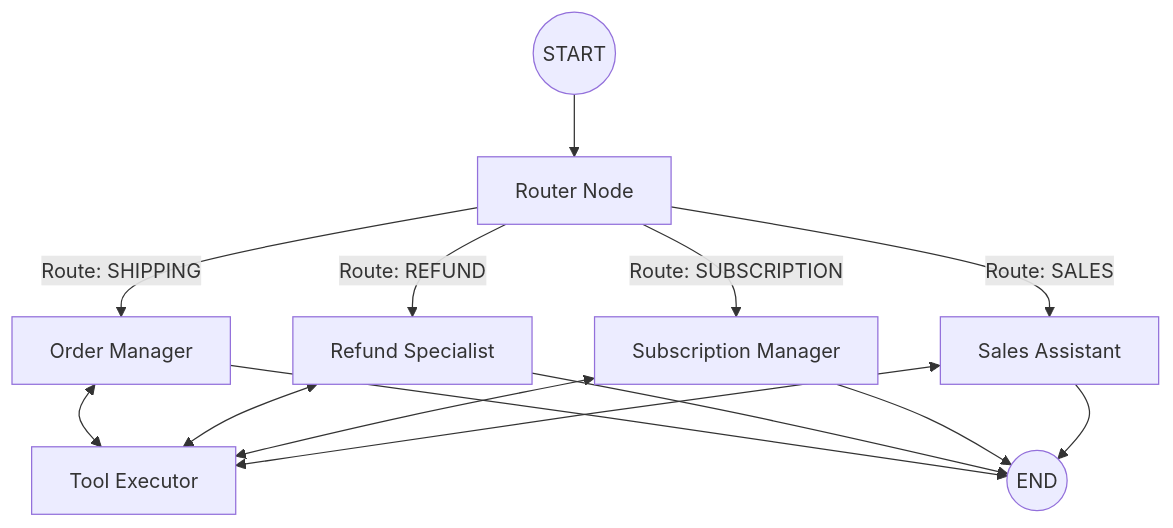
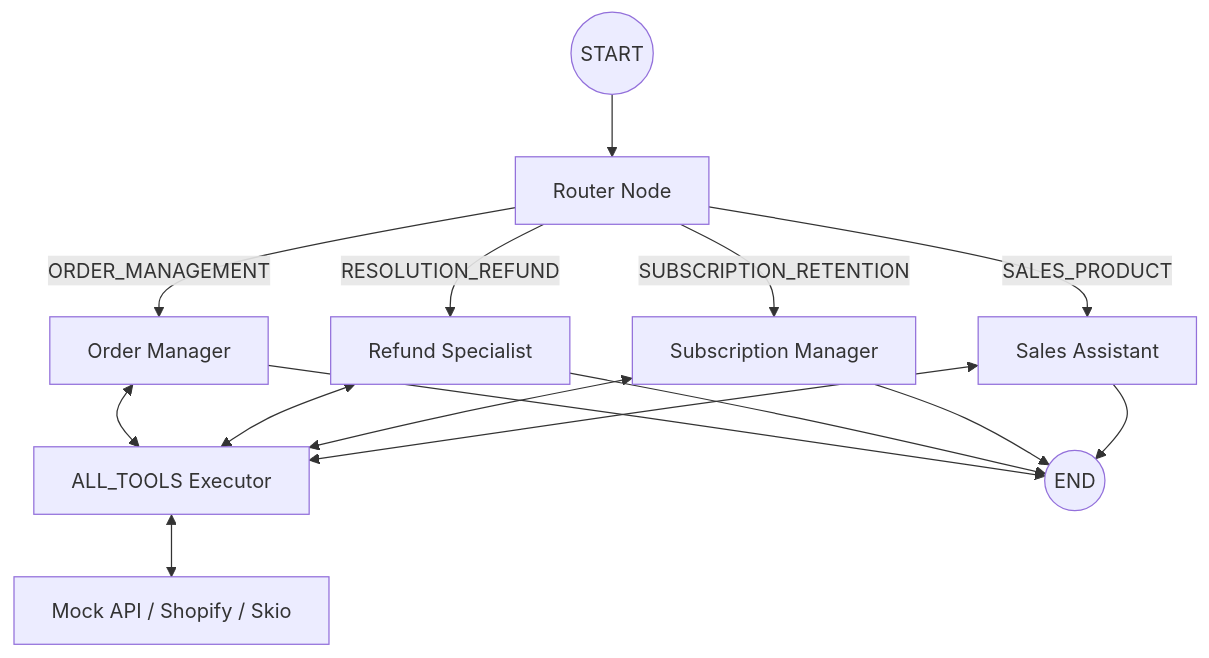
Before and after one commit to HyperDeathh/Lookfor_Hackathon_2026_Torino: the diagram in proje/docs/Backend_Architecture.md, drawn with Mermaid. The commit also changed other lines of this file and 4 other files, not shown here.

````diff
--- a/proje/docs/Backend_Architecture.md
+++ b/proje/docs/Backend_Architecture.md
@@ -32,19 +32,21 @@
 ```mermaid
 graph TD
     Start((START)) --> Router[Router Node]
 
-    Router -- "Route: SHIPPING" --> OrderAgent[Order Manager]
-    Router -- "Route: REFUND" --> RefundAgent[Refund Specialist]
-    Router -- "Route: SUBSCRIPTION" --> SubAgent[Subscription Manager]
-    Router -- "Route: SALES" --> SalesAgent[Sales Assistant]
+    Router -- "ORDER_MANAGEMENT" --> OrderAgent[Order Manager]
+    Router -- "RESOLUTION_REFUND" --> RefundAgent[Refund Specialist]
+    Router -- "SUBSCRIPTION_RETENTION" --> SubAgent[Subscription Manager]
+    Router -- "SALES_PRODUCT" --> SalesAgent[Sales Assistant]
 
-    OrderAgent <--> Tools[Tool Executor]
+    OrderAgent <--> Tools[ALL_TOOLS Executor]
     RefundAgent <--> Tools
     SubAgent <--> Tools
     SalesAgent <--> Tools
+
+    Tools <--> MockAPI[Mock API / Shopify / Skio]
 
     OrderAgent --> End((END))
     RefundAgent --> End
     SubAgent --> End
     SalesAgent --> End
 ```
````
